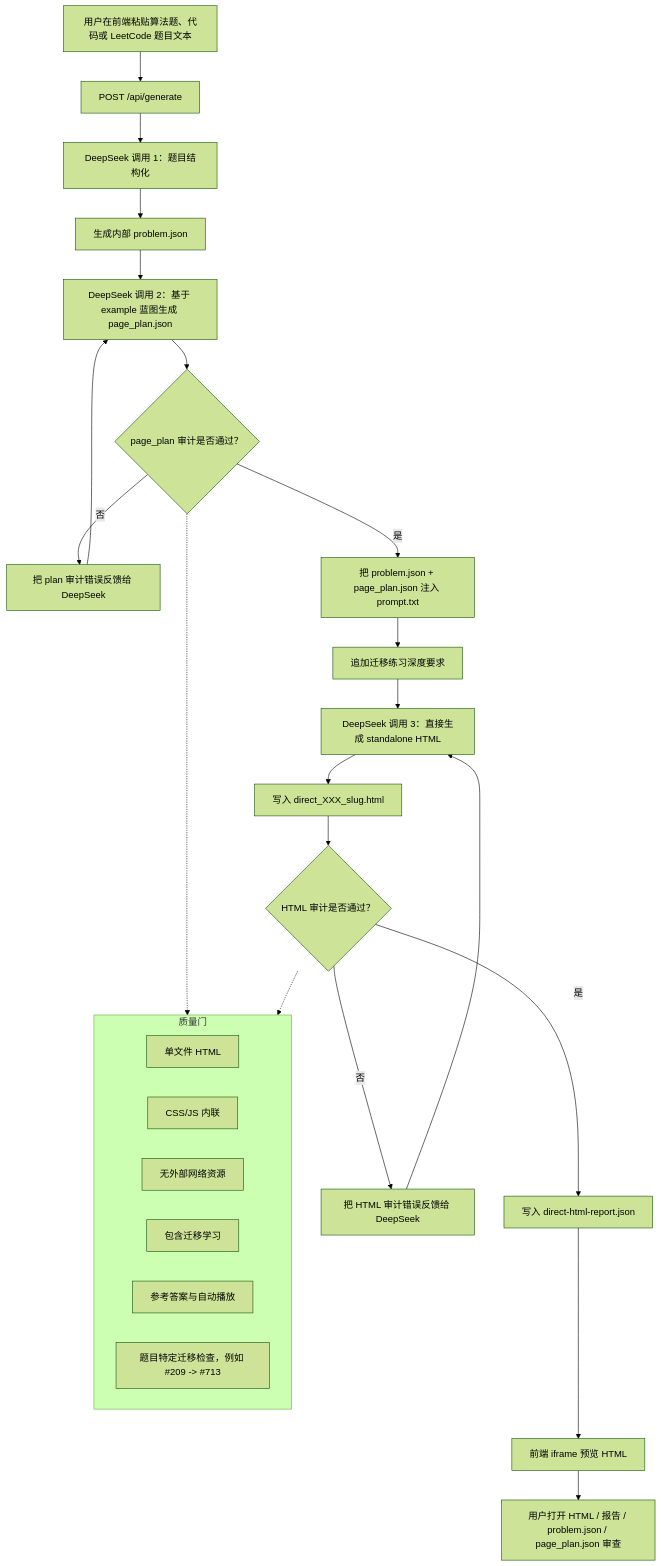
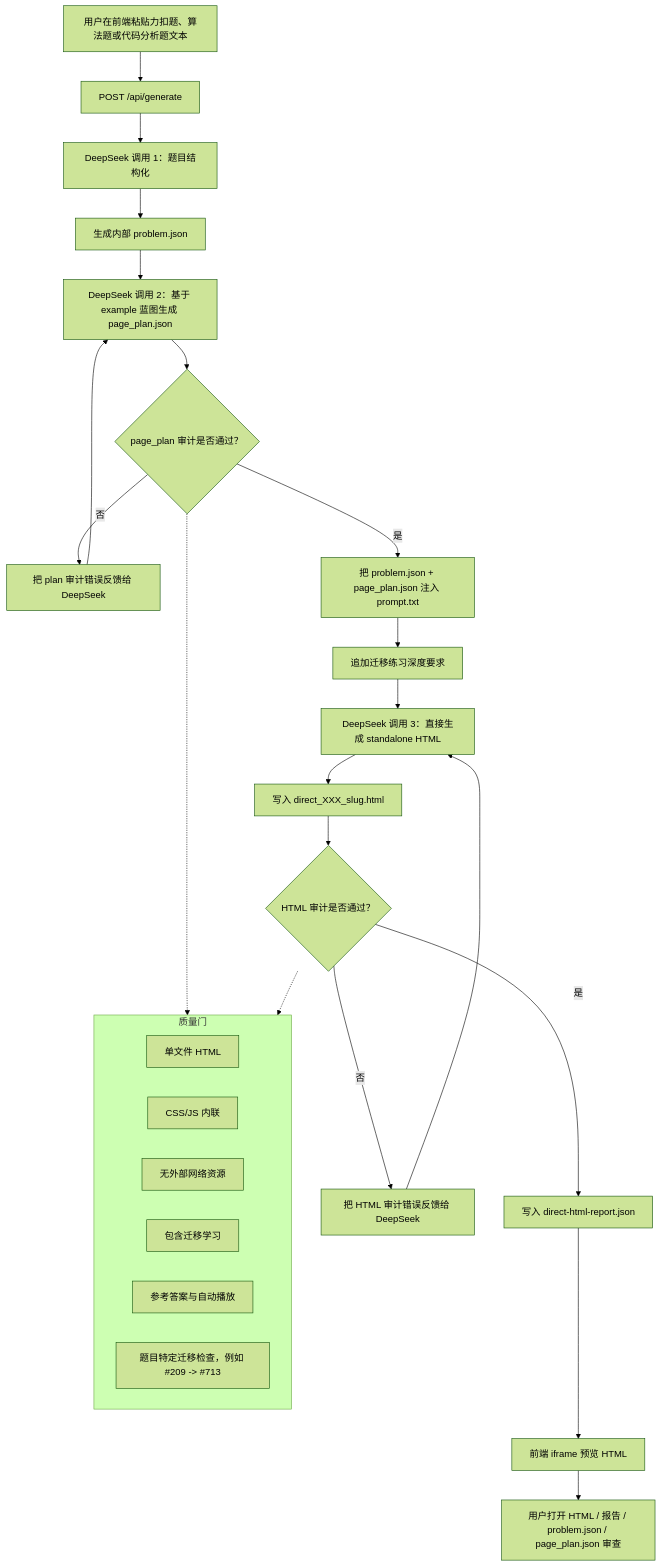
Before and after one commit to poobserver/leetcode-cognitive-practice-lab: the diagram in README.md, drawn with Mermaid (forest theme). The commit also changed other lines of this file and 3 other files, not shown here.

Commit message:
Rename project for LeetCode practice lab

````diff
--- a/README.md
+++ b/README.md
@@ -18,32 +18,32 @@
 ```mermaid
 flowchart TD
-  A["用户在前端粘贴算法题、代码或 LeetCode 题目文本"] --> B["POST /api/generate"]
+  A["用户在前端粘贴力扣题、算法题或代码分析题文本"] --> B["POST /api/generate"]
   B --> C["DeepSeek 调用 1：题目结构化"]
   C --> D["生成内部 problem.json"]
   D --> E["DeepSeek 调用 2：基于 example 蓝图生成 page_plan.json"]
   E --> F{"page_plan 审计是否通过？"}
   F -- "否" --> G["把 plan 审计错误反馈给 DeepSeek"]
   G --> E
   F -- "是" --> H["把 problem.json + page_plan.json 注入 prompt.txt"]
   H --> I["追加迁移练习深度要求"]
   I --> J["DeepSeek 调用 3：直接生成 standalone HTML"]
   J --> K["写入 direct_XXX_slug.html"]
   K --> L{"HTML 审计是否通过？"}
   L -- "否" --> M["把 HTML 审计错误反馈给 DeepSeek"]
   M --> J
   L -- "是" --> N["写入 direct-html-report.json"]
   N --> O["前端 iframe 预览 HTML"]
   O --> P["用户打开 HTML / 报告 / problem.json / page_plan.json 审查"]
 
   subgraph QualityGate["质量门"]
     Q1["单文件 HTML"]
     Q2["CSS/JS 内联"]
     Q3["无外部网络资源"]
     Q4["包含迁移学习"]
     Q5["参考答案与自动播放"]
     Q6["题目特定迁移检查，例如 #209 -> #713"]
   end
 
   F -.-> QualityGate
   L -.-> QualityGate
 ```
````
